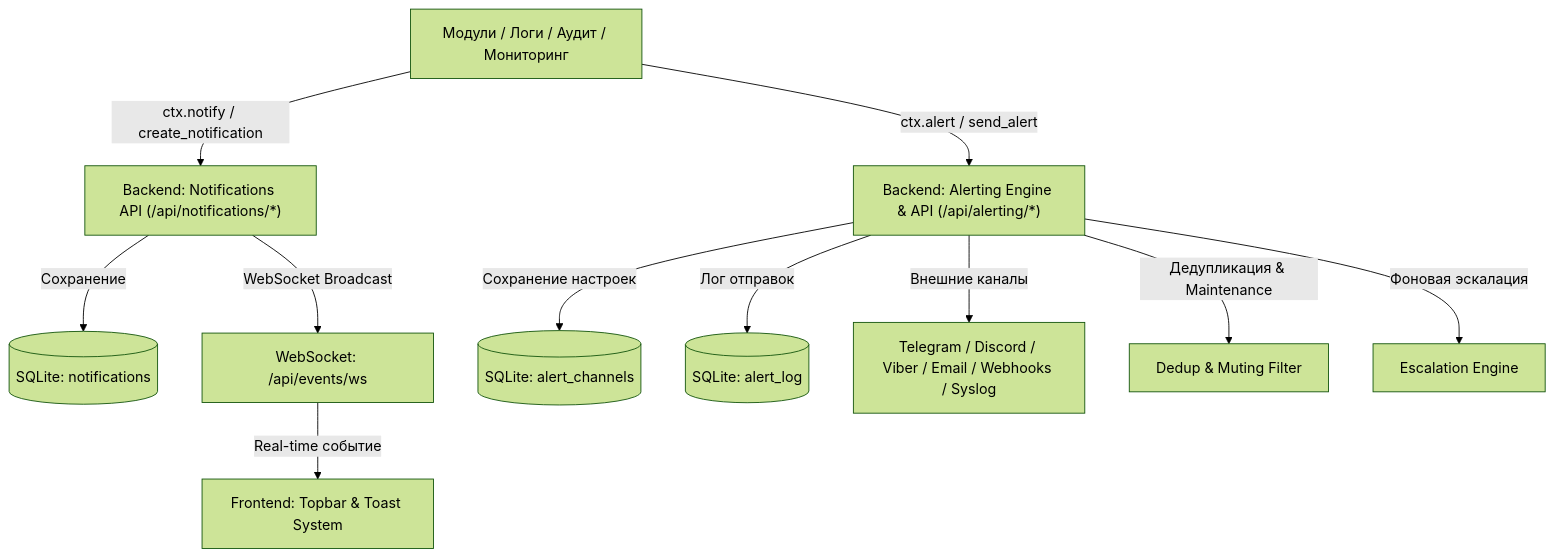
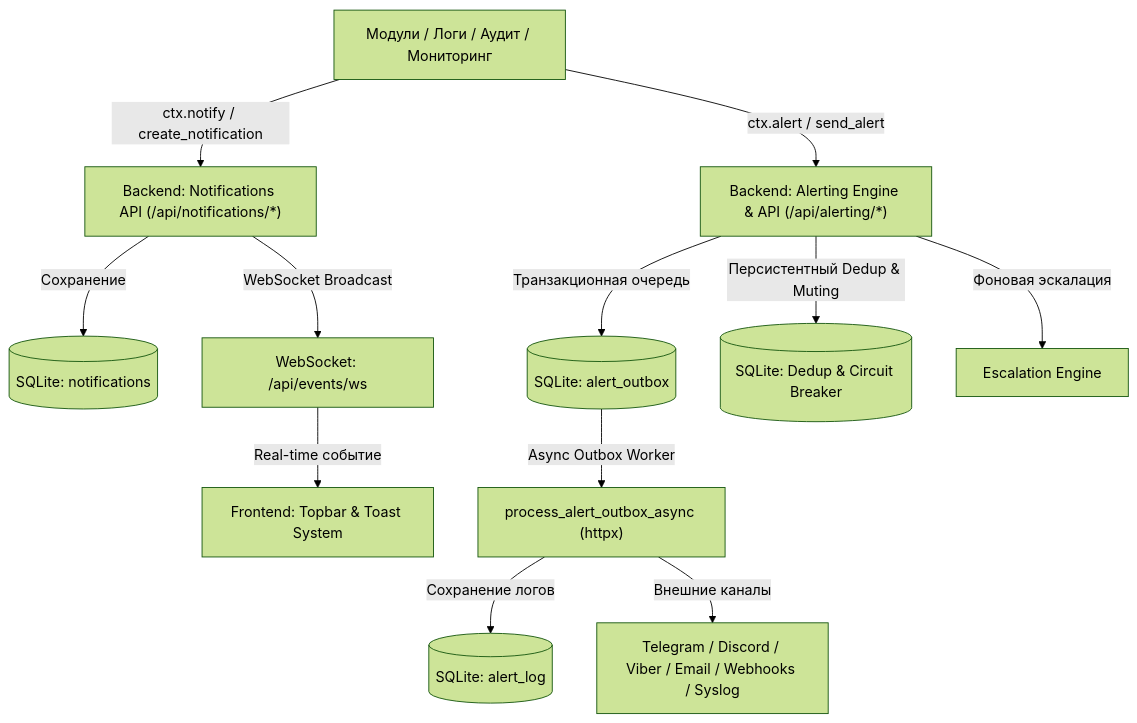
Before and after one commit to Apofixc/nms-webui: the diagram in docs/wiki/02-usage/11-notifications-and-alerts.md, drawn with Mermaid (forest theme). The commit also changed other lines of this file and 5 other files, not shown here.

````diff
--- a/docs/wiki/02-usage/11-notifications-and-alerts.md
+++ b/docs/wiki/02-usage/11-notifications-and-alerts.md
@@ -103,13 +106,14 @@
 ```mermaid
 graph TD
     Subsystems["Модули / Логи / Аудит / Мониторинг"] -->|ctx.notify / create_notification| NotifAPI["Backend: Notifications API (/api/notifications/*)"]
     Subsystems -->|ctx.alert / send_alert| AlertAPI["Backend: Alerting Engine & API (/api/alerting/*)"]
     NotifAPI -->|Сохранение| DB_Notif[("SQLite: notifications")]
     NotifAPI -->|WebSocket Broadcast| WS["WebSocket: /api/events/ws"]
     WS -->|Real-time событие| UI["Frontend: Topbar & Toast System"]
-    AlertAPI -->|Сохранение настроек| DB_Channels[("SQLite: alert_channels")]
-    AlertAPI -->|Лог отправок| DB_Log[("SQLite: alert_log")]
-    AlertAPI -->|Внешние каналы| External["Telegram / Discord / Viber / Email / Webhooks / Syslog"]
-    AlertAPI -->|Дедупликация & Maintenance| Filter["Dedup & Muting Filter"]
+    AlertAPI -->|Транзакционная очередь| DB_Outbox[("SQLite: alert_outbox")]
+    DB_Outbox -->|Async Outbox Worker| Worker["process_alert_outbox_async (httpx)"]
+    Worker -->|Сохранение логов| DB_Log[("SQLite: alert_log")]
+    Worker -->|Внешние каналы| External["Telegram / Discord / Viber / Email / Webhooks / Syslog"]
+    AlertAPI -->|Персистентный Dedup & Muting| Filter[("SQLite: Dedup & Circuit Breaker")]
     AlertAPI -->|Фоновая эскалация| Escalation["Escalation Engine"]
 ```
````
